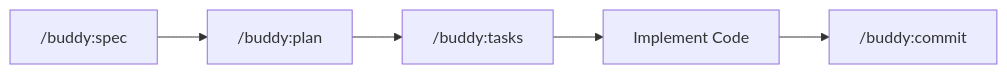
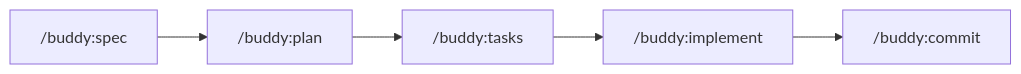
Before and after one commit to rsts-dev/claude-buddy: the first of 2 diagrams in docs/README.md, drawn with Mermaid. The commit also changed other lines of this file and 9 other files, not shown here.

````diff
--- a/docs/README.md
+++ b/docs/README.md
@@ -100,7 +100,7 @@
 ```mermaid
 flowchart LR
     Spec["/buddy:spec"] --> Plan["/buddy:plan"]
     Plan --> Tasks["/buddy:tasks"]
-    Tasks --> Code["Implement Code"]
-    Code --> Commit["/buddy:commit"]
+    Tasks --> Implement["/buddy:implement"]
+    Implement --> Commit["/buddy:commit"]
 ```
````
